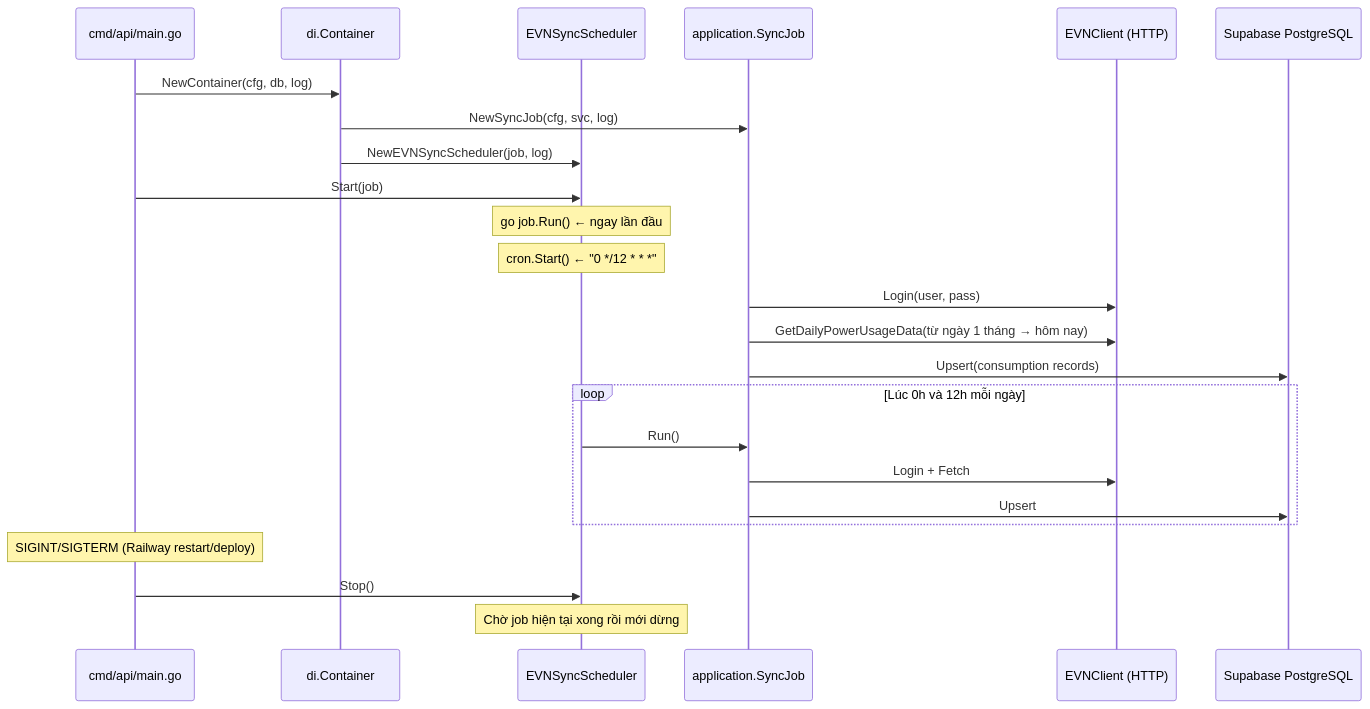
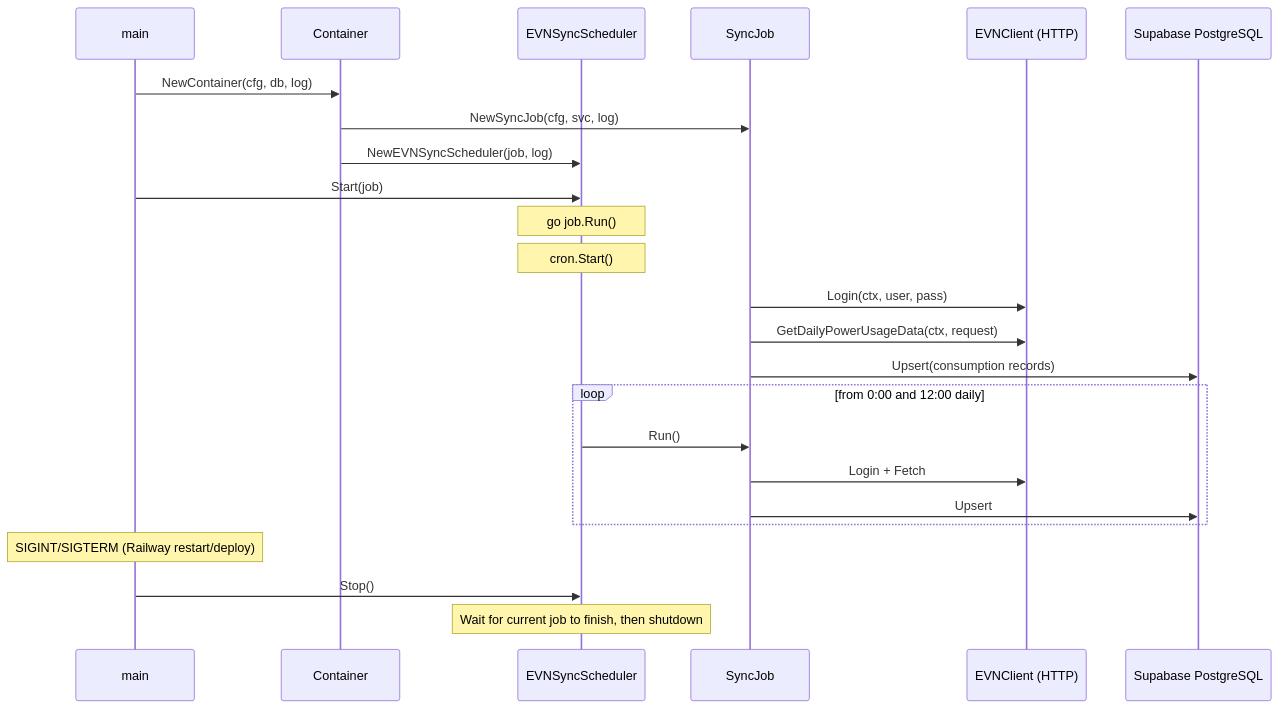
One commit to gamee1910/volt changed the diagram in README.md. Above: the diagram before and after it, drawn with Mermaid.

Commit message:
docs: update mermaid sequence diagram in README for clarity and consistency

````diff
--- a/README.md
+++ b/README.md
@@ -42,31 +42,31 @@
 ```mermaid
 sequenceDiagram
-    participant Main as cmd/api/main.go
-    participant Container as di.Container
+    participant Main as main
+    participant Container as Container
     participant Scheduler as EVNSyncScheduler
-    participant SyncJob as application.SyncJob
+    participant SyncJob as SyncJob
     participant EVNClient as EVNClient (HTTP)
     participant DB as Supabase PostgreSQL
 
     Main->>Container: NewContainer(cfg, db, log)
     Container->>SyncJob: NewSyncJob(cfg, svc, log)
     Container->>Scheduler: NewEVNSyncScheduler(job, log)
 
     Main->>Scheduler: Start(job)
-    Note over Scheduler: go job.Run() ← ngay lần đầu
-    Note over Scheduler: cron.Start() ← "0 */12 * * *"
+    Note over Scheduler: go job.Run()
+    Note over Scheduler: cron.Start()
 
-    SyncJob->>EVNClient: Login(user, pass)
-    SyncJob->>EVNClient: GetDailyPowerUsageData(từ ngày 1 tháng → hôm nay)
+    SyncJob->>EVNClient: Login(ctx, user, pass)
+    SyncJob->>EVNClient: GetDailyPowerUsageData(ctx, request)
     SyncJob->>DB: Upsert(consumption records)
 
-    loop Lúc 0h và 12h mỗi ngày
+    loop from 0:00 and 12:00 daily
         Scheduler->>SyncJob: Run()
         SyncJob->>EVNClient: Login + Fetch
         SyncJob->>DB: Upsert
     end
 
     Note over Main: SIGINT/SIGTERM (Railway restart/deploy)
     Main->>Scheduler: Stop()
-    Note over Scheduler: Chờ job hiện tại xong rồi mới dừng
+    Note over Scheduler: Wait for current job to finish, then shutdown
 ```
````
